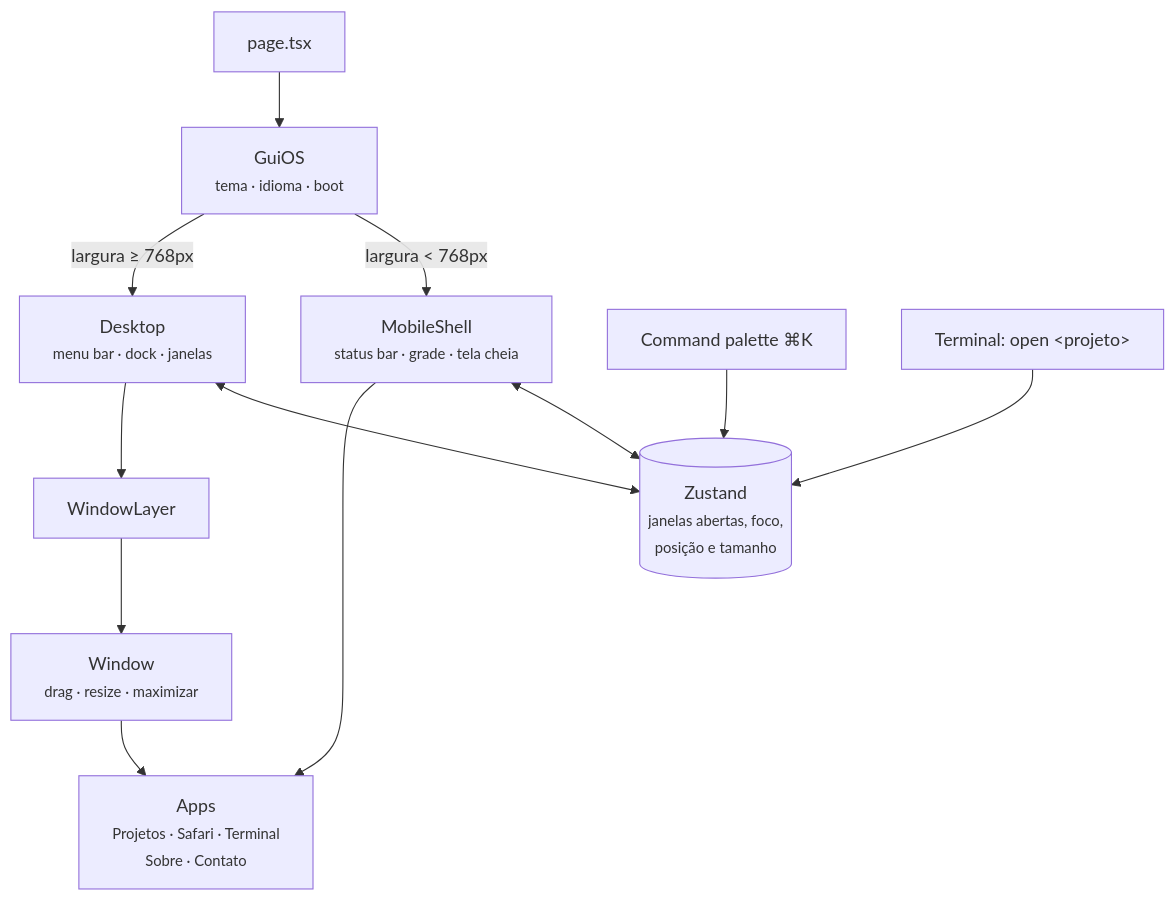
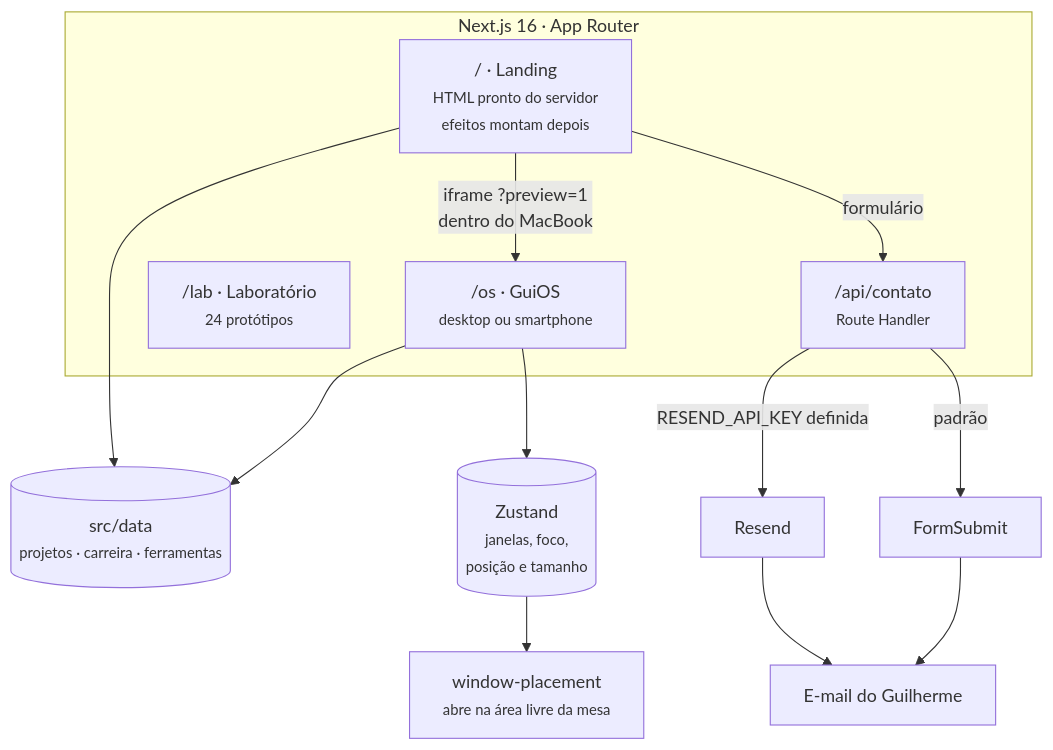
One commit to GuiCMoreira/guios changed the diagram in README.md. Above: the diagram before and after it, drawn with Mermaid. The commit also changed other lines of this file and 33 other files, not shown here.

Commit message:
PORTFOLIO | DOCS | README reformulado (landing, GuiOS e laboratorio), capturas novas em webp, CHANGELOG 5.1.0; corrige erros de hidratacao com reduzir movimento

````diff
--- a/README.md
+++ b/README.md
@@ -95,17 +138,23 @@
 ```mermaid
 flowchart TD
-    PAGE["page.tsx"] --> GUIOS["GuiOS<br/><small>tema · idioma · boot</small>"]
-    GUIOS -->|"largura ≥ 768px"| DESK["Desktop<br/><small>menu bar · dock · janelas</small>"]
-    GUIOS -->|"largura < 768px"| MOB["MobileShell<br/><small>status bar · grade · tela cheia</small>"]
+    subgraph SITE["Next.js 16 · App Router"]
+        LAND["/ · Landing<br/><small>HTML pronto do servidor<br/>efeitos montam depois</small>"]
+        OS["/os · GuiOS<br/><small>desktop ou smartphone</small>"]
+        LAB["/lab · Laboratório<br/><small>24 protótipos</small>"]
+        API["/api/contato<br/><small>Route Handler</small>"]
+    end
 
-    DESK --> WL["WindowLayer"]
-    WL --> WIN["Window<br/><small>drag · resize · maximizar</small>"]
-    WIN --> APPS["Apps<br/><small>Projetos · Safari · Terminal<br/>Sobre · Contato</small>"]
-    MOB --> APPS
+    DATA[("src/data<br/><small>projetos · carreira · ferramentas</small>")]
+    LAND --> DATA
+    OS --> DATA
 
-    STORE[("Zustand<br/><small>janelas abertas, foco,<br/>posição e tamanho</small>")]
-    DESK <--> STORE
-    MOB <--> STORE
-    PALETTE["Command palette ⌘K"] --> STORE
-    TERM["Terminal: open &lt;projeto&gt;"] --> STORE
+    LAND -->|"iframe ?preview=1<br/>dentro do MacBook"| OS
+    LAND -->|"formulário"| API
+    API -->|"RESEND_API_KEY definida"| RESEND["Resend"]
+    API -->|"padrão"| FS["FormSubmit"]
+    RESEND --> MAIL["E-mail do Guilherme"]
+    FS --> MAIL
+
+    OS --> STORE[("Zustand<br/><small>janelas, foco,<br/>posição e tamanho</small>")]
+    STORE --> PLACE["window-placement<br/><small>abre na área livre da mesa</small>"]
 ```
````
